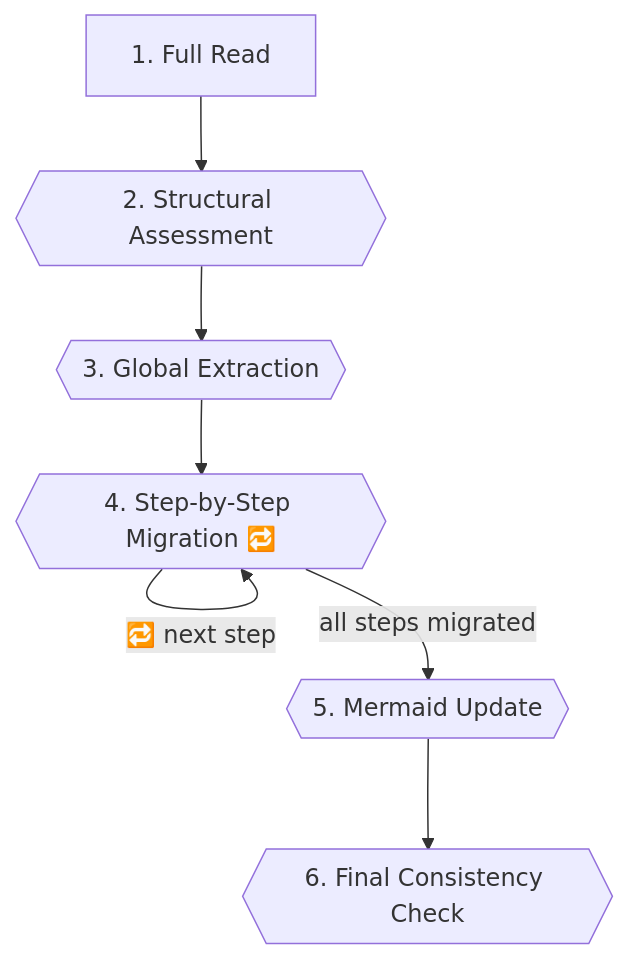
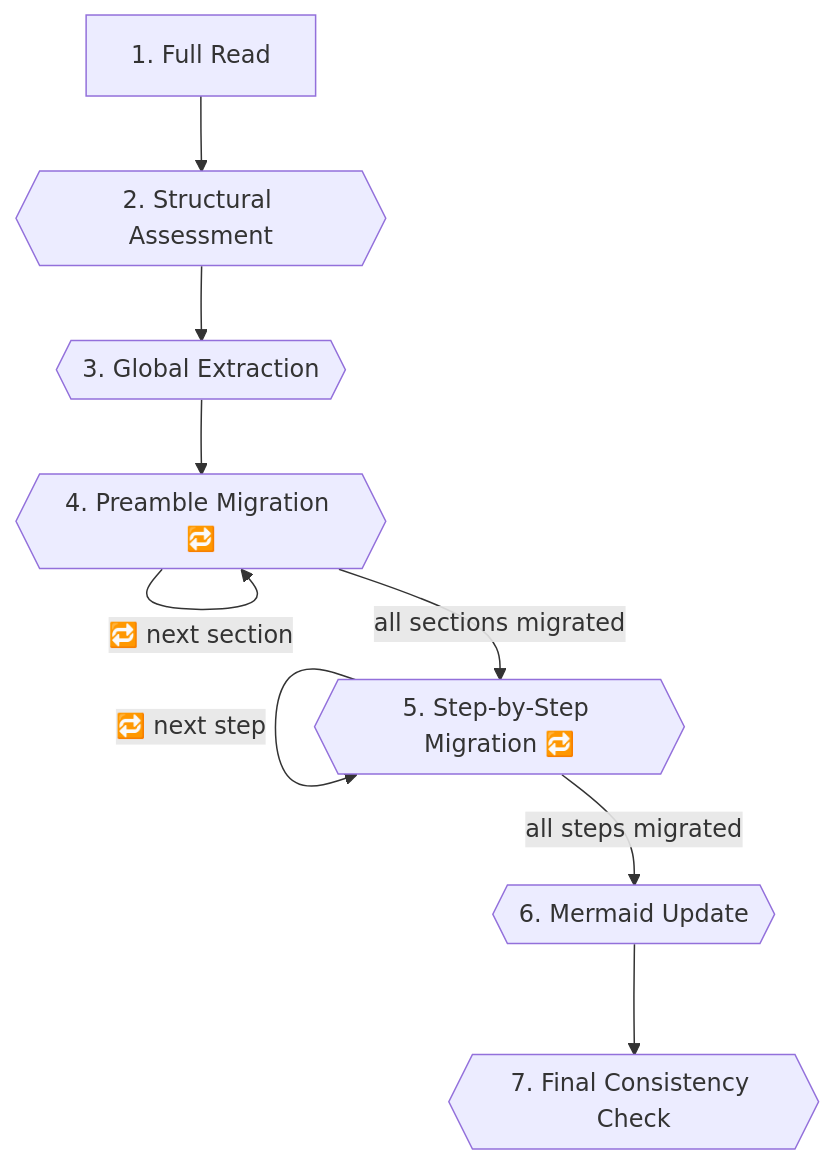
Before and after one commit to davidbalivo/skills: the diagram in skills/engineering/step-based-skills-standard/SKILL.md, drawn with Mermaid. The commit also changed other lines of this file and 1 other file, not shown here.

First line of the commit message:
feat(step-based-skills-standard): add preamble migration, prose review, and domain sections

````diff
--- a/skills/engineering/step-based-skills-standard/SKILL.md
+++ b/skills/engineering/step-based-skills-standard/SKILL.md
@@ -186,16 +187,19 @@
 ```mermaid
 flowchart TD
     S1["1. Full Read"]
     S2{{"2. Structural Assessment"}}
     S3{{"3. Global Extraction"}}
-    S4{{"4. Step-by-Step Migration 🔁"}}
-    S5{{"5. Mermaid Update"}}
-    S6{{"6. Final Consistency Check"}}
+    S4{{"4. Preamble Migration 🔁"}}
+    S5{{"5. Step-by-Step Migration 🔁"}}
+    S6{{"6. Mermaid Update"}}
+    S7{{"7. Final Consistency Check"}}
 
     S1 --> S2
     S2 --> S3
     S3 --> S4
-    S4 -->|"🔁 next step"| S4
-    S4 -->|all steps migrated| S5
-    S5 --> S6
+    S4 -->|"🔁 next section"| S4
+    S4 -->|all sections migrated| S5
+    S5 -->|"🔁 next step"| S5
+    S5 -->|all steps migrated| S6
+    S6 --> S7
 ```
````
